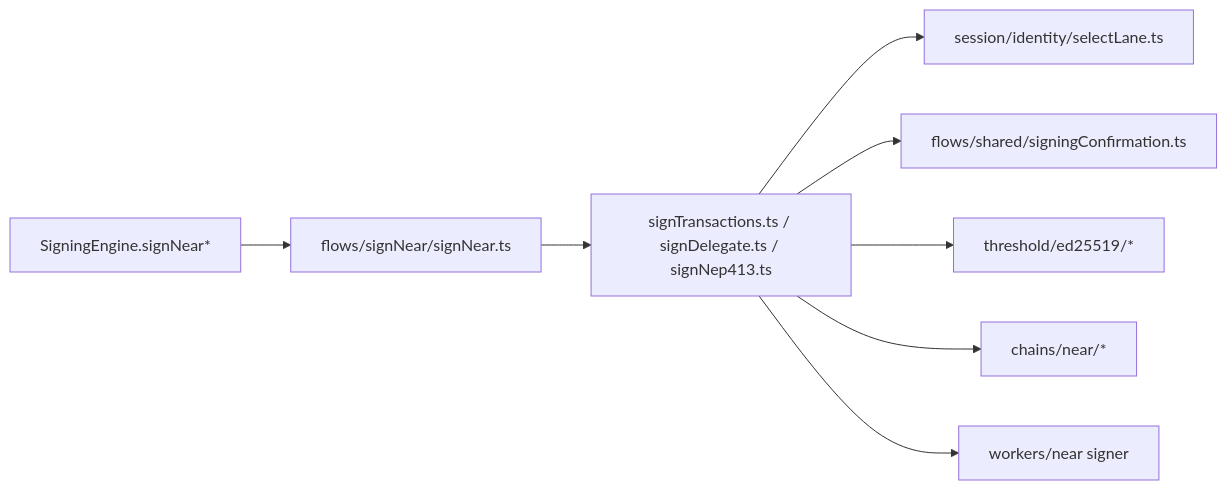
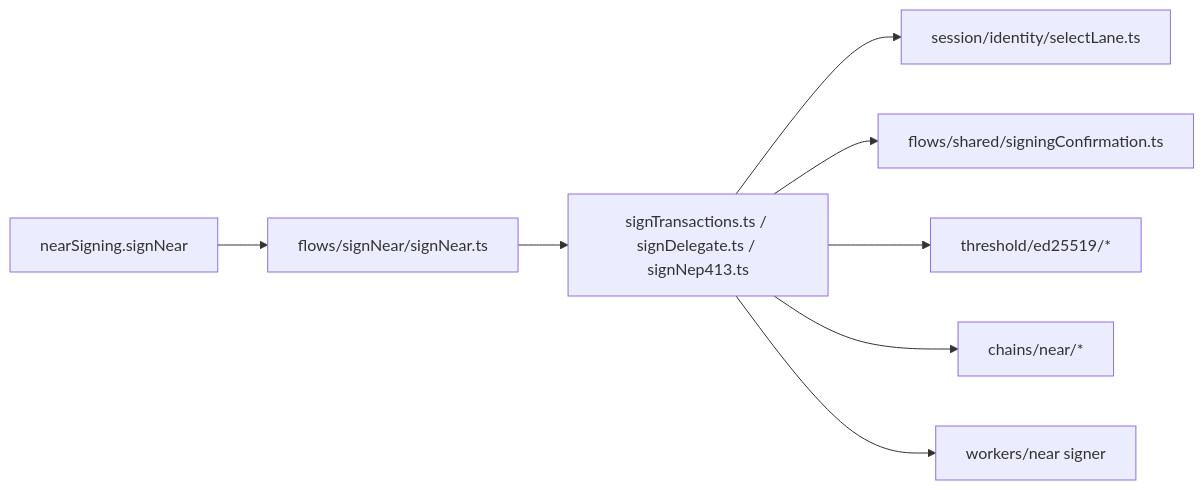
The fourth of 4 diagrams in client/src/core/signingEngine/README.md (seams-tech/seams-sdk), drawn with Mermaid before and after one commit. The commit also changed other lines of this file and 375 other files, not shown here.

````diff
--- a/client/src/core/signingEngine/README.md
+++ b/client/src/core/signingEngine/README.md
@@ -181,10 +180,10 @@
 ```mermaid
 flowchart LR
-  SE["SigningEngine.signNear*"] --> OP["flows/signNear/signNear.ts"]
+  RT["nearSigning.signNear"] --> OP["flows/signNear/signNear.ts"]
   OP --> TX["signTransactions.ts / signDelegate.ts / signNep413.ts"]
   TX --> SELECT["session/identity/selectLane.ts"]
   TX --> CONF["flows/shared/signingConfirmation.ts"]
   TX --> TH["threshold/ed25519/*"]
   TX --> CH["chains/near/*"]
   TX --> WK["workers/near signer"]
 ```
````
